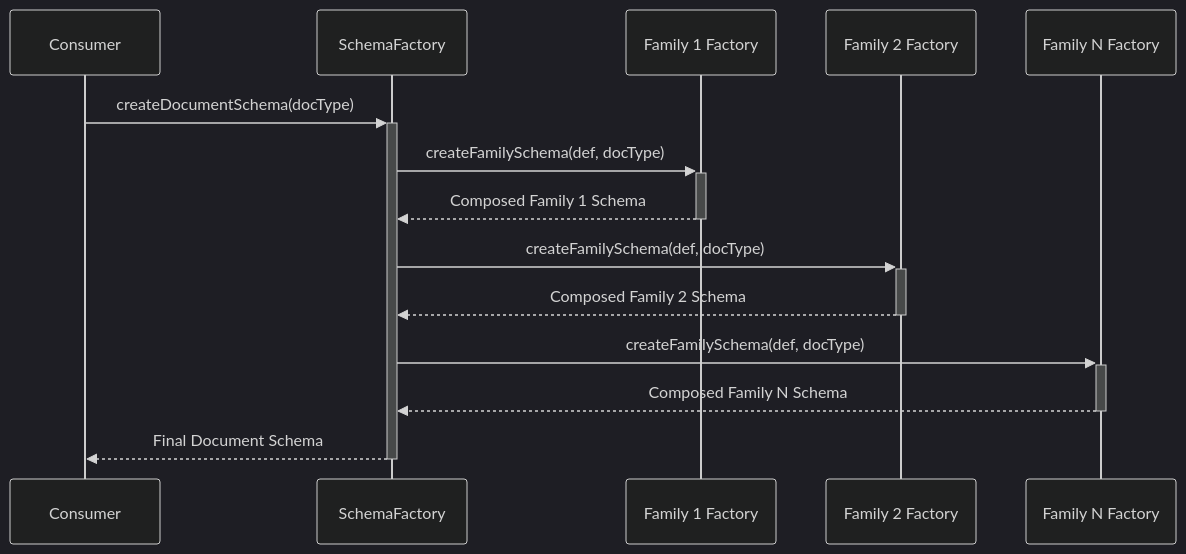
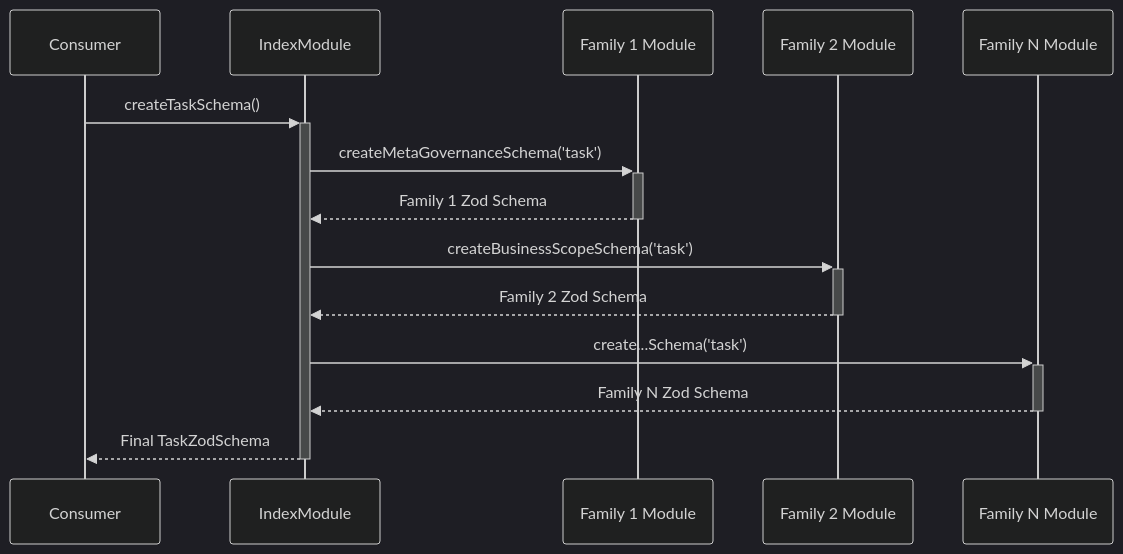
The fourth of 4 diagrams in docs/requirements/p1-p6.t32-define-section-content-schemas.task.md (livelifelively/documentation-driven-development-tools), drawn with Mermaid (dark theme) before and after one commit. The commit also changed other lines of this file and 2 other files, not shown here.

````diff
--- a/docs/requirements/p1-p6.t32-define-section-content-schemas.task.md
+++ b/docs/requirements/p1-p6.t32-define-section-content-schemas.task.md
@@ -224,17 +199,17 @@
 ```mermaid
 sequenceDiagram
     participant Consumer
-    participant SchemaFactory
-    participant FamilySchemaFactory_1 as Family 1 Factory
-    participant FamilySchemaFactory_2 as Family 2 Factory
-    participant FamilySchemaFactory_N as Family N Factory
+    participant IndexModule
+    participant FamilySchemaModule_1 as Family 1 Module
+    participant FamilySchemaModule_2 as Family 2 Module
+    participant FamilySchemaModule_N as Family N Module
 
-    Consumer->>+SchemaFactory: createDocumentSchema(docType)
-    SchemaFactory->>+FamilySchemaFactory_1: createFamilySchema(def, docType)
-    FamilySchemaFactory_1-->>-SchemaFactory: Composed Family 1 Schema
-    SchemaFactory->>+FamilySchemaFactory_2: createFamilySchema(def, docType)
-    FamilySchemaFactory_2-->>-SchemaFactory: Composed Family 2 Schema
-    SchemaFactory->>+FamilySchemaFactory_N: createFamilySchema(def, docType)
-    FamilySchemaFactory_N-->>-SchemaFactory: Composed Family N Schema
-    SchemaFactory-->>-Consumer: Final Document Schema
+    Consumer->>+IndexModule: createTaskSchema()
+    IndexModule->>+FamilySchemaModule_1: createMetaGovernanceSchema('task')
+    FamilySchemaModule_1-->>-IndexModule: Family 1 Zod Schema
+    IndexModule->>+FamilySchemaModule_2: createBusinessScopeSchema('task')
+    FamilySchemaModule_2-->>-IndexModule: Family 2 Zod Schema
+    IndexModule->>+FamilySchemaModule_N: create...Schema('task')
+    FamilySchemaModule_N-->>-IndexModule: Family N Zod Schema
+    IndexModule-->>-Consumer: Final TaskZodSchema
 ```
````
